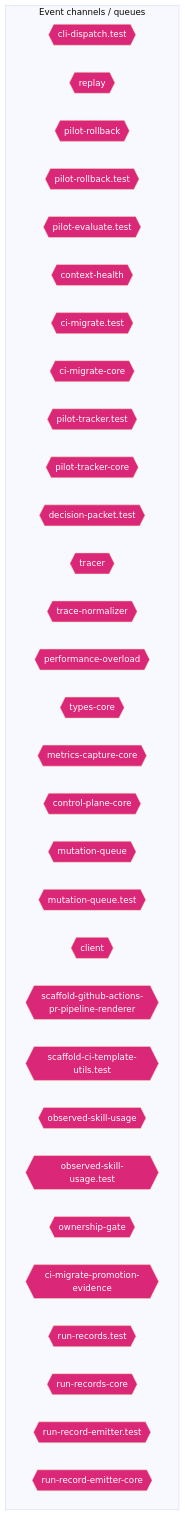
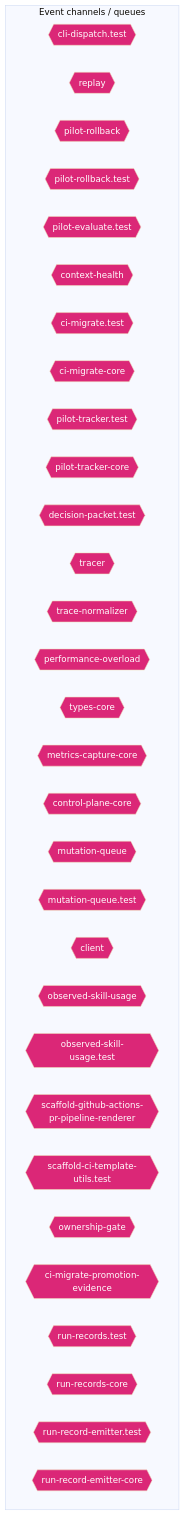
The ninth of 14 diagrams in AI/context/diagram-context.md (jscraik/coding-harness), drawn with Mermaid (base theme) before and after one commit. The commit also changed other lines of this file and 15 other files, not shown here.

````diff
--- a/AI/context/diagram-context.md
+++ b/AI/context/diagram-context.md
@@ -1557,38 +1558,38 @@
 ```mermaid
 flowchart TD
   subgraph Channels["Event channels / queues"]
     cli_dispatch_test_54c9f17b{{"cli-dispatch.test"}}
     replay_ac203c98{{"replay"}}
     pilot_rollback_00c1f82c{{"pilot-rollback"}}
     pilot_rollback_test_e61d5a2b{{"pilot-rollback.test"}}
     pilot_evaluate_test_a2ac06fc{{"pilot-evaluate.test"}}
     context_health_80bb7da9{{"context-health"}}
     ci_migrate_test_2a015bb9{{"ci-migrate.test"}}
     ci_migrate_core_7005b5af{{"ci-migrate-core"}}
     pilot_tracker_test_80398a66{{"pilot-tracker.test"}}
     pilot_tracker_core_80d8ac96{{"pilot-tracker-core"}}
     decision_packet_test_9ea0e97b{{"decision-packet.test"}}
     tracer_1e6243a2{{"tracer"}}
     trace_normalizer_cb1be1d2{{"trace-normalizer"}}
     performance_overload_c685bfcf{{"performance-overload"}}
     types_core_e405ddca{{"types-core"}}
     metrics_capture_core_db4bf7cf{{"metrics-capture-core"}}
     control_plane_core_db3b4cb2{{"control-plane-core"}}
     mutation_queue_ce5a530e{{"mutation-queue"}}
     mutation_queue_test_10b599e8{{"mutation-queue.test"}}
     client_1_914e1681{{"client"}}
+    observed_skill_usage_ed7d5930{{"observed-skill-usage"}}
+    observed_skill_usage_test_311c215a{{"observed-skill-usage.test"}}
     scaffold_github_actions_pr_pipeline_renderer_1ee18de5{{"scaffold-github-actions-pr-pipeline-renderer"}}
     scaffold_ci_template_utils_test_b94825d9{{"scaffold-ci-template-utils.test"}}
-    observed_skill_usage_ed7d5930{{"observed-skill-usage"}}
-    observed_skill_usage_test_311c215a{{"observed-skill-usage.test"}}
     ownership_gate_2e194d13{{"ownership-gate"}}
     ci_migrate_promotion_evidence_1a2dc527{{"ci-migrate-promotion-evidence"}}
     run_records_test_3ee6a0e3{{"run-records.test"}}
     run_records_core_89286dfa{{"run-records-core"}}
     run_record_emitter_test_5475c0da{{"run-record-emitter.test"}}
     run_record_emitter_core_688049d5{{"run-record-emitter-core"}}
   end
   classDef eventNode fill:#db2777,color:#fff
-  class cli_dispatch_test_54c9f17b,replay_ac203c98,pilot_rollback_00c1f82c,pilot_rollback_test_e61d5a2b,pilot_evaluate_test_a2ac06fc,context_health_80bb7da9,ci_migrate_test_2a015bb9,ci_migrate_core_7005b5af,pilot_tracker_test_80398a66,pilot_tracker_core_80d8ac96,decision_packet_test_9ea0e97b,tracer_1e6243a2,trace_normalizer_cb1be1d2,performance_overload_c685bfcf,types_core_e405ddca,metrics_capture_core_db4bf7cf,control_plane_core_db3b4cb2,mutation_queue_ce5a530e,mutation_queue_test_10b599e8,client_1_914e1681,scaffold_github_actions_pr_pipeline_renderer_1ee18de5,scaffold_ci_template_utils_test_b94825d9,observed_skill_usage_ed7d5930,observed_skill_usage_test_311c215a,ownership_gate_2e194d13,ci_migrate_promotion_evidence_1a2dc527,run_records_test_3ee6a0e3,run_records_core_89286dfa,run_record_emitter_test_5475c0da,run_record_emitter_core_688049d5 eventNode
+  class cli_dispatch_test_54c9f17b,replay_ac203c98,pilot_rollback_00c1f82c,pilot_rollback_test_e61d5a2b,pilot_evaluate_test_a2ac06fc,context_health_80bb7da9,ci_migrate_test_2a015bb9,ci_migrate_core_7005b5af,pilot_tracker_test_80398a66,pilot_tracker_core_80d8ac96,decision_packet_test_9ea0e97b,tracer_1e6243a2,trace_normalizer_cb1be1d2,performance_overload_c685bfcf,types_core_e405ddca,metrics_capture_core_db4bf7cf,control_plane_core_db3b4cb2,mutation_queue_ce5a530e,mutation_queue_test_10b599e8,client_1_914e1681,observed_skill_usage_ed7d5930,observed_skill_usage_test_311c215a,scaffold_github_actions_pr_pipeline_renderer_1ee18de5,scaffold_ci_template_utils_test_b94825d9,ownership_gate_2e194d13,ci_migrate_promotion_evidence_1a2dc527,run_records_test_3ee6a0e3,run_records_core_89286dfa,run_record_emitter_test_5475c0da,run_record_emitter_core_688049d5 eventNode
 
 ```
````
